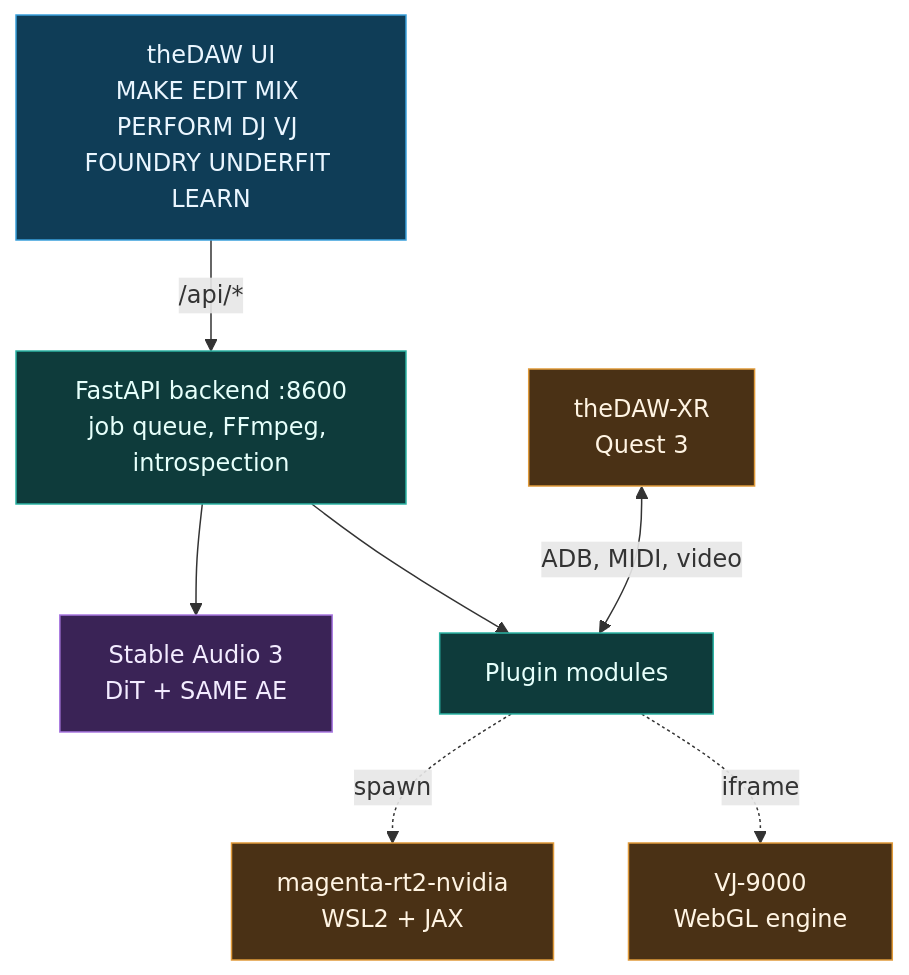
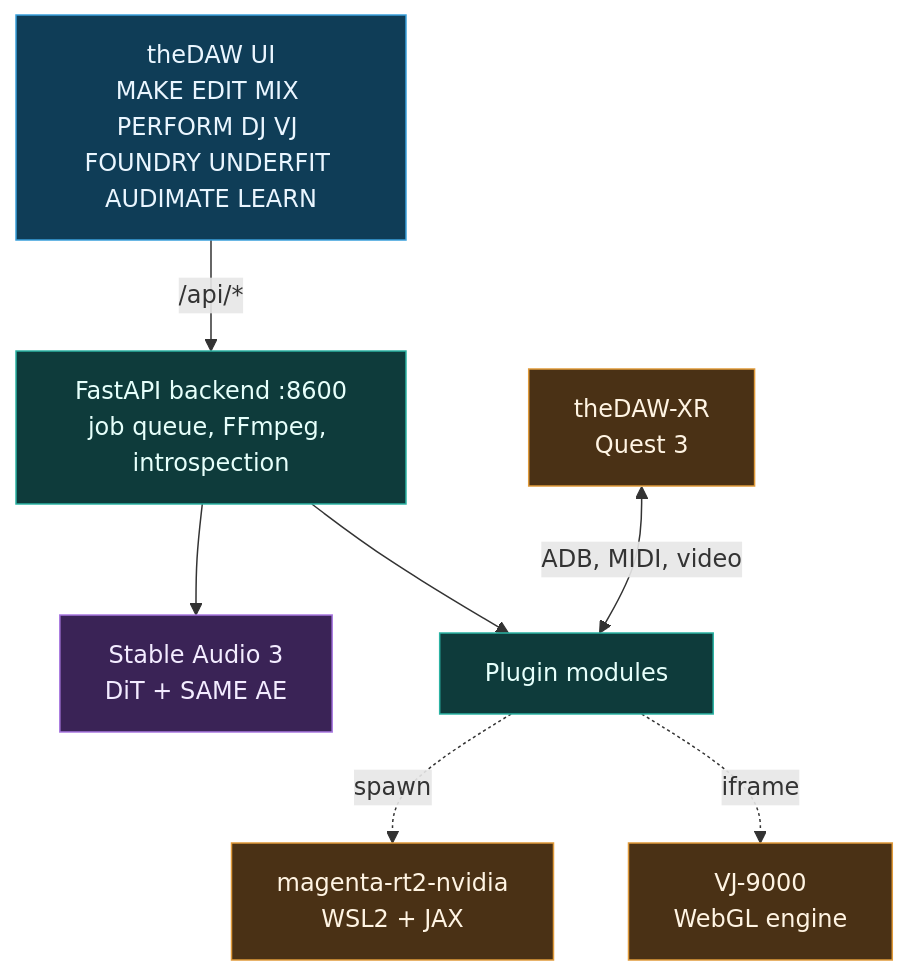
Before and after one commit to danieljtrujillo/theDAW: the first of 3 diagrams in README.md, drawn with Mermaid. The commit also changed other lines of this file and 29 other files, not shown here.

````diff
--- a/README.md
+++ b/README.md
@@ -84,20 +321,20 @@
 ```mermaid
 flowchart TD
-  UI["theDAW UI<br/>MAKE EDIT MIX PERFORM DJ VJ FOUNDRY UNDERFIT LEARN"]:::in
+  UI["theDAW UI<br/>MAKE EDIT MIX PERFORM DJ VJ FOUNDRY UNDERFIT AUDIMATE LEARN"]:::in
   API["FastAPI backend :8600<br/>job queue, FFmpeg, introspection"]:::proc
   SA3["Stable Audio 3<br/>DiT + SAME AE"]:::eng
   MODS["Plugin modules"]:::proc
   MRT2["magenta-rt2-nvidia<br/>WSL2 + JAX"]:::side
   VJ["VJ-9000<br/>WebGL engine"]:::side
   XR["theDAW-XR<br/>Quest 3"]:::side
   UI -->|/api/*| API
   API --> SA3
   API --> MODS
   MODS -. spawn .-> MRT2
   MODS -. iframe .-> VJ
   XR <-->|ADB, MIDI, video| MODS
   classDef in fill:#0f3d57,stroke:#3aa0db,color:#eaf6ff;
   classDef eng fill:#3a2356,stroke:#a877e0,color:#f3ecff;
   classDef proc fill:#0e3b3b,stroke:#2bb3a3,color:#e6fffb;
   classDef side fill:#4a3115,stroke:#e09a3a,color:#fff4e3;
 ```
````
